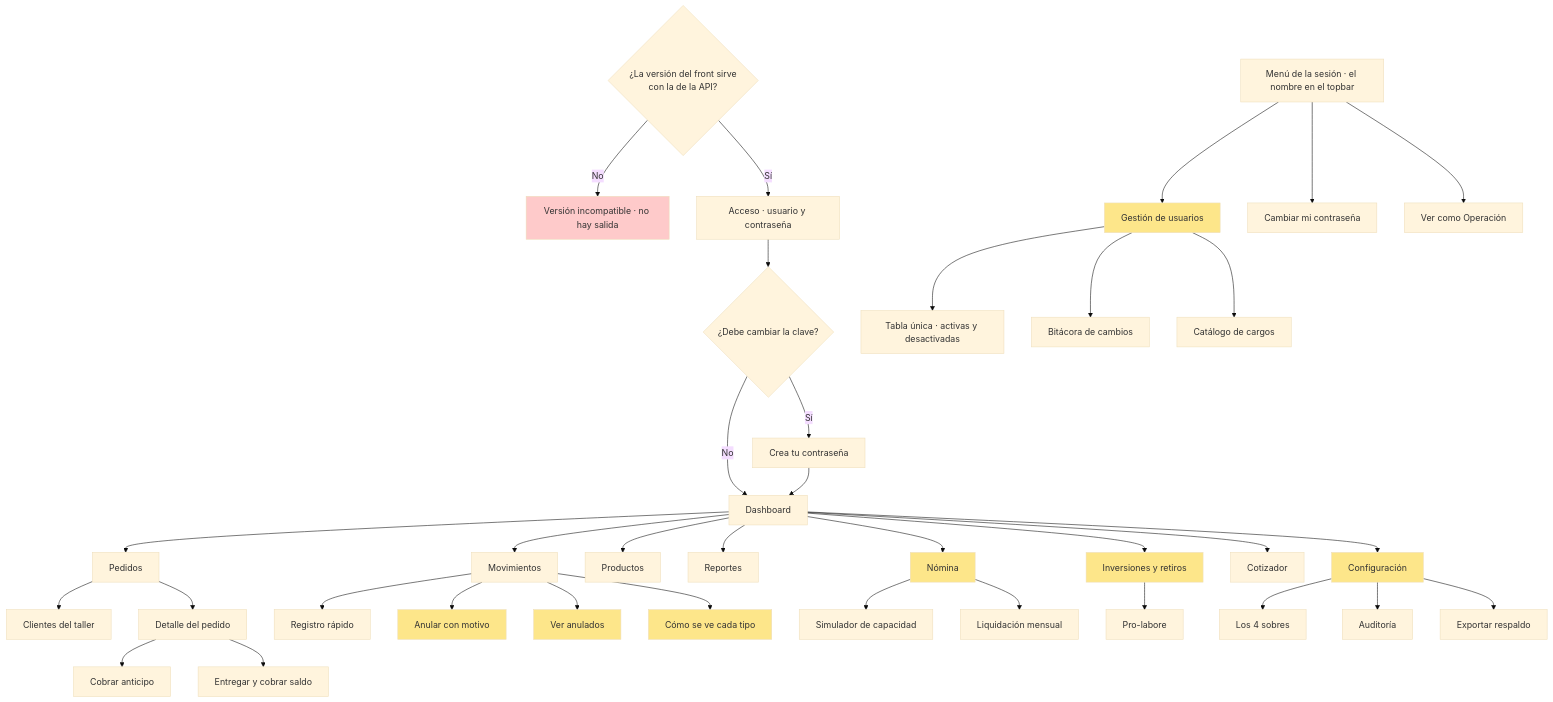
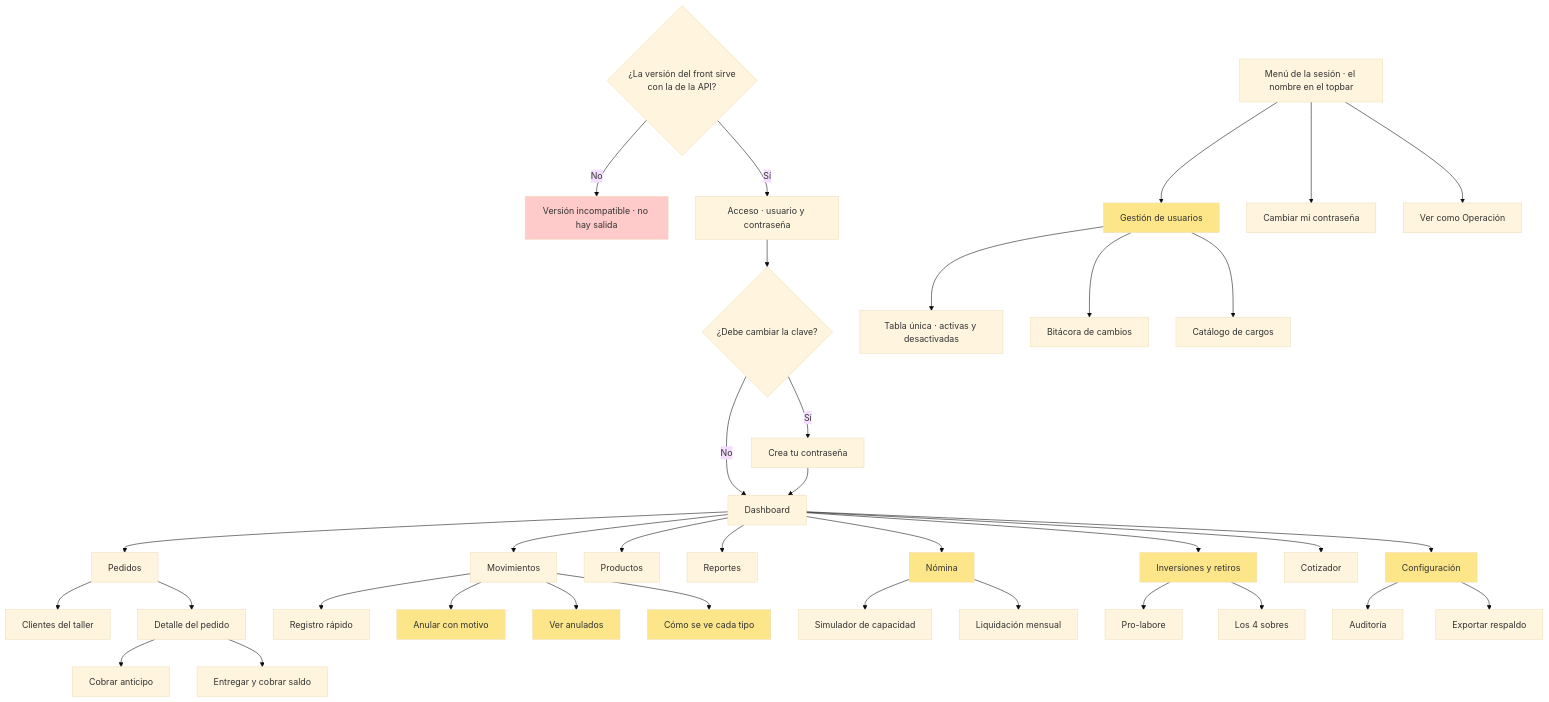
Before and after one commit to Juanchope039/Finanzas-PRISMA: the diagram in docs/10-ux-y-mockups.md, drawn with Mermaid (base theme). The commit also changed other lines of this file and 4 other files, not shown here.

First line of the commit message:
Sprint 7 / 7.7: el panel de los sobres, en el mockup y en el 10

````diff
--- a/docs/10-ux-y-mockups.md
+++ b/docs/10-ux-y-mockups.md
@@ -51,55 +51,55 @@
 ```mermaid
 graph TD
   A0{¿La versión del front sirve
 con la de la API?} -->|No| VI[Versión incompatible · no hay salida]
   A0 -->|Sí| L[Acceso · usuario y contraseña]
   L --> V{¿Debe cambiar la clave?}
   V -->|Sí| CC[Crea tu contraseña]
   V -->|No| D[Dashboard]
   CC --> D
 
   D --> P[Pedidos]
   D --> M[Movimientos]
   D --> PR[Productos]
   D --> R[Reportes]
   D --> I[Inversiones y retiros]
   D --> N[Nómina]
   D --> C[Cotizador]
   D --> CF[Configuración]
 
   MS[Menú de la sesión · el nombre en el topbar] --> U[Gestión de usuarios]
   MS --> MP[Cambiar mi contraseña]
   MS --> VO[Ver como Operación]
 
   P --> CL[Clientes del taller]
   P --> PD[Detalle del pedido]
   PD --> PA[Cobrar anticipo]
   PD --> PE[Entregar y cobrar saldo]
 
   M --> MR[Registro rápido]
   M --> MA[Anular con motivo]
   M --> MV[Ver anulados]
   M --> MT[Cómo se ve cada tipo]
 
   N --> NS[Simulador de capacidad]
   N --> NL[Liquidación mensual]
 
   I --> IP[Pro-labore]
+  I --> IS[Los 4 sobres]
 
-  CF --> CS[Los 4 sobres]
   CF --> CA[Auditoría]
   CF --> CE[Exportar respaldo]
 
   U --> UT[Tabla única · activas y desactivadas]
   U --> UB[Bitácora de cambios]
   U --> UC[Catálogo de cargos]
 
   style N fill:#fde68a
   style I fill:#fde68a
   style CF fill:#fde68a
   style U fill:#fde68a
   style MA fill:#fde68a
   style MV fill:#fde68a
   style MT fill:#fde68a
   style VI fill:#fecaca
 ```
````
